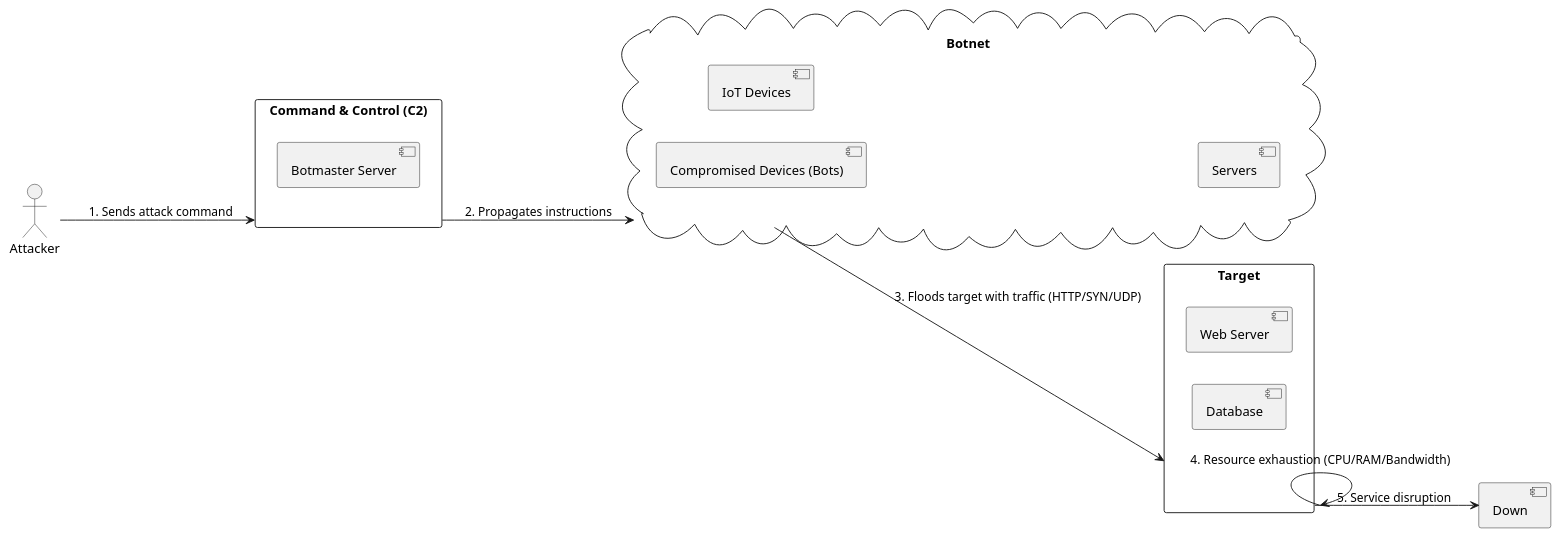
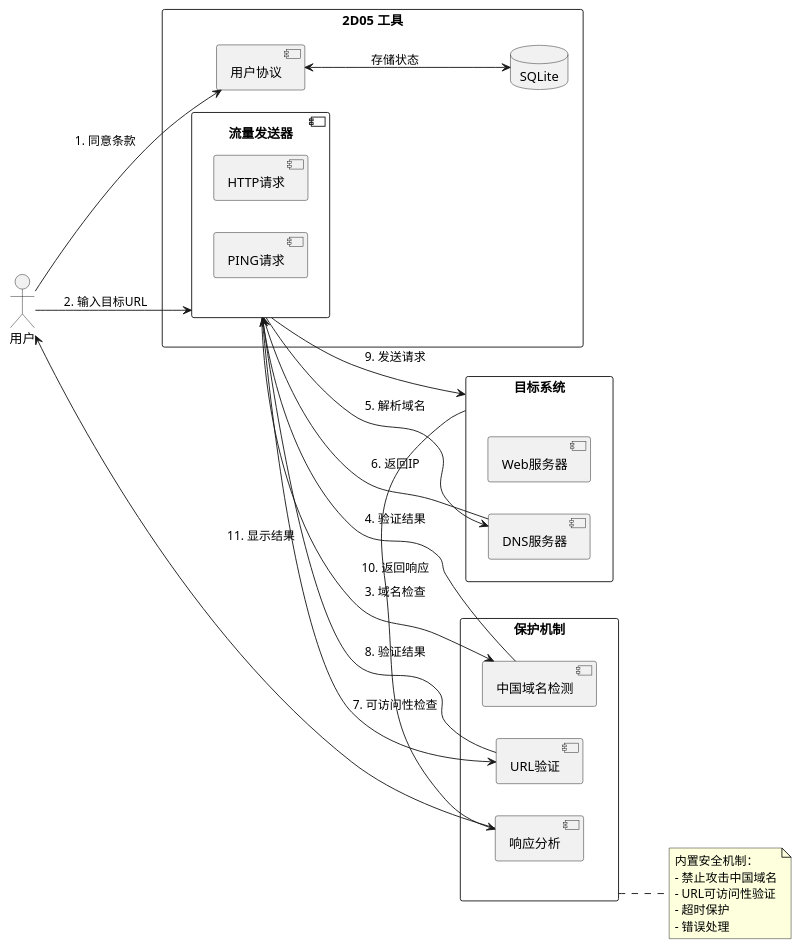
Before and after one commit to ctkqiang/2D05: the diagram in docs/2D05.puml, drawn with PlantUML. The commit also changed 7 other files, not shown here.

```diff
--- a/docs/2D05.puml
+++ b/docs/2D05.puml
@@ -1,24 +1,49 @@
-@startuml 2D05
+@startuml 2D05 
 left to right direction
 
-actor "Attacker" as Hacker
-rectangle "Command & Control (C2)" as C2 {
-  component "Botmaster Server"
-}
-cloud "Botnet" {
-  component "Compromised Devices (Bots)"
-  component "IoT Devices"
-  component "Servers"
-}
-rectangle "Target" as Target {
-  component "Web Server"
-  component "Database"
+actor "用户" as User
+rectangle "2D05 工具" as Tool {
+    component "用户协议" as Agreement
+    component "流量发送器" as TrafficFlood {
+        component "HTTP请求" as HTTP
+        component "PING请求" as PING
+    }
+    database "SQLite" as DB
 }
 
-Hacker --> C2 : 1. Sends attack command
-C2 --> Botnet : 2. Propagates instructions
-Botnet --> Target : 3. Floods target with traffic (HTTP/SYN/UDP)
-Target --> Target : 4. Resource exhaustion (CPU/RAM/Bandwidth)
-Target --> [Down] : 5. Service disruption
+rectangle "目标系统" as Target {
+    component "Web服务器" as WebServer
+    component "DNS服务器" as DNS
+}
+
+rectangle "保护机制" as Protection {
+    component "中国域名检测" as CNFilter
+    component "URL验证" as URLCheck
+    component "响应分析" as Response
+}
+
+User --> Agreement : 1. 同意条款
+Agreement <--> DB : 存储状态
+User --> TrafficFlood : 2. 输入目标URL
+TrafficFlood --> CNFilter : 3. 域名检查
+CNFilter --> TrafficFlood : 4. 验证结果
+
+TrafficFlood --> DNS : 5. 解析域名
+DNS --> TrafficFlood : 6. 返回IP
+
+TrafficFlood --> URLCheck : 7. 可访问性检查
+URLCheck --> TrafficFlood : 8. 验证结果
+
+TrafficFlood --> Target : 9. 发送请求
+Target --> Response : 10. 返回响应
+Response --> User : 11. 显示结果
+
+note right of Protection
+  内置安全机制：
+  - 禁止攻击中国域名
+  - URL可访问性验证
+  - 超时保护
+  - 错误处理
+end note
 
 @enduml
```
